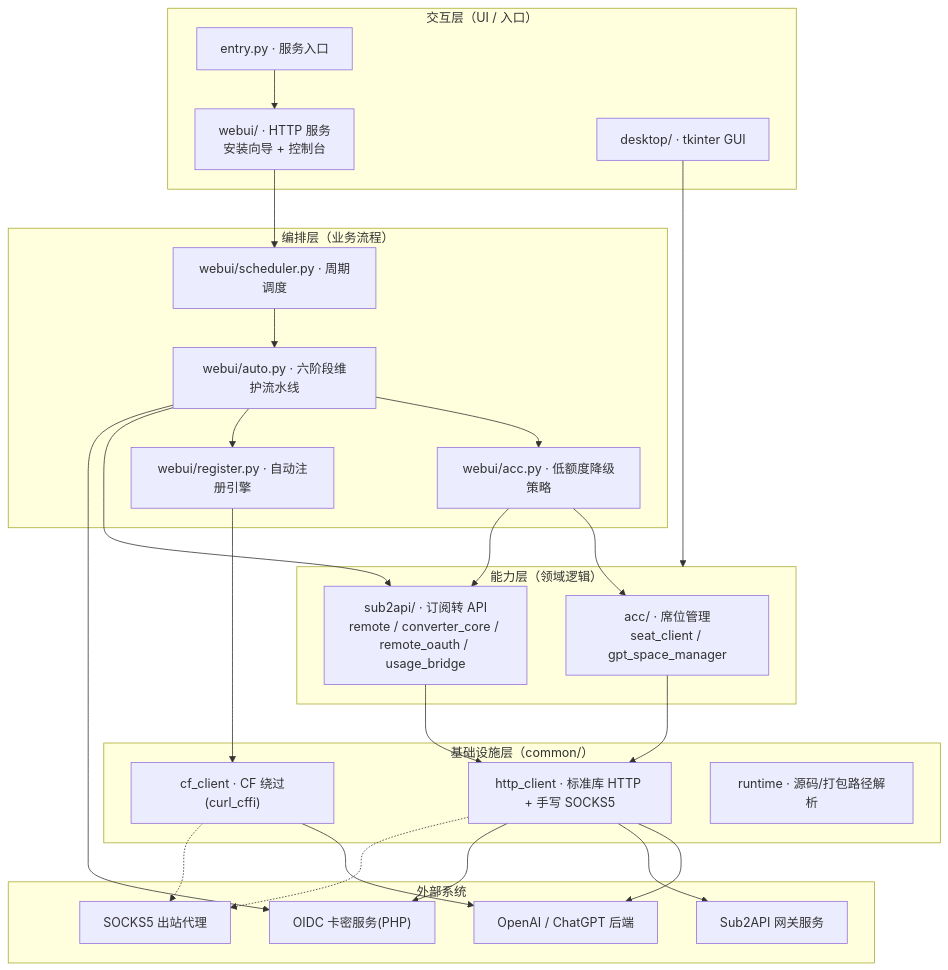
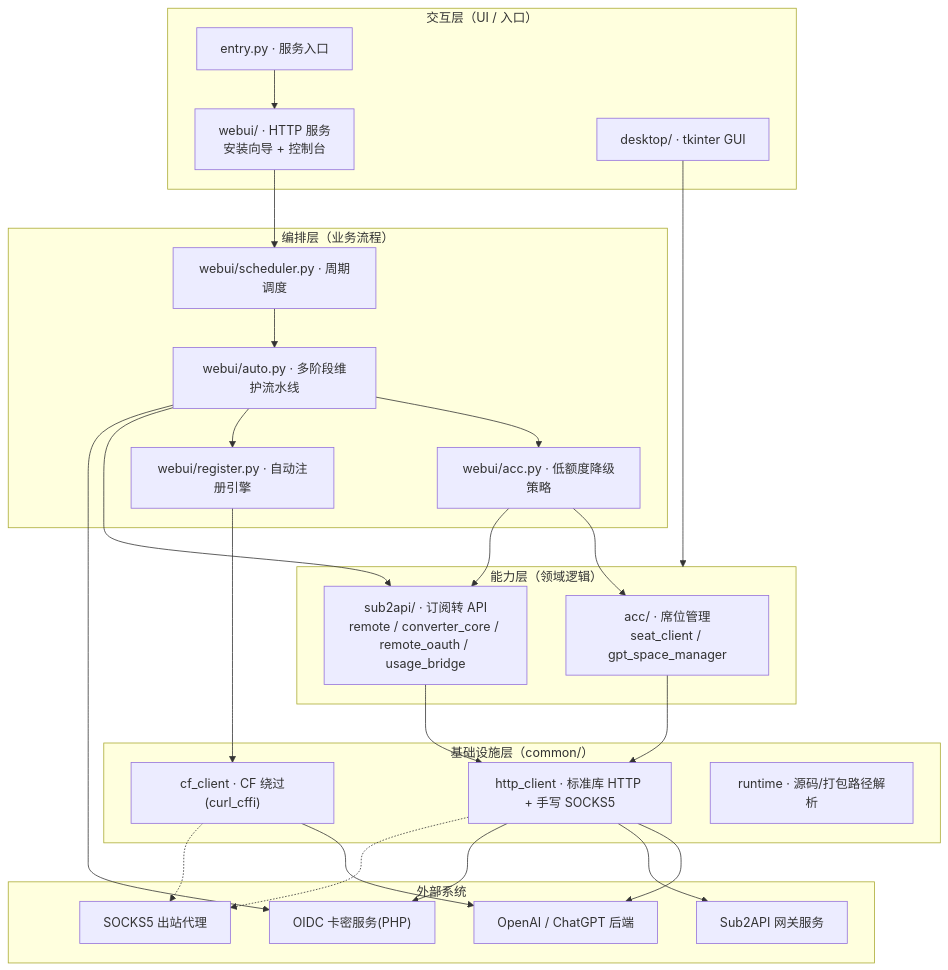
The third of 5 diagrams in docs/01-架构总览.md (javooizz/newtoken), drawn with Mermaid before and after one commit. The commit also changed other lines of this file and 31 other files, not shown here.

````diff
--- a/docs/01-架构总览.md
+++ b/docs/01-架构总览.md
@@ -94,48 +94,48 @@
 ```mermaid
 flowchart TD
     subgraph L1["交互层（UI / 入口）"]
         WEBUI["webui/ · HTTP 服务<br/>安装向导 + 控制台"]
         DESKTOP["desktop/ · tkinter GUI"]
         ENTRY["entry.py · 服务入口"]
     end
 
     subgraph L2["编排层（业务流程）"]
         SCHED["webui/scheduler.py · 周期调度"]
-        AUTO["webui/auto.py · 六阶段维护流水线"]
+        AUTO["webui/auto.py · 多阶段维护流水线"]
         ACCPOL["webui/acc.py · 低额度降级策略"]
         REG["webui/register.py · 自动注册引擎"]
     end
 
     subgraph L3["能力层（领域逻辑）"]
         SEAT["acc/ · 席位管理<br/>seat_client / gpt_space_manager"]
         SUB["sub2api/ · 订阅转 API<br/>remote / converter_core / remote_oauth / usage_bridge"]
     end
 
     subgraph L4["基础设施层（common/）"]
         CF["cf_client · CF 绕过(curl_cffi)"]
         HTTP["http_client · 标准库 HTTP + 手写 SOCKS5"]
         RT["runtime · 源码/打包路径解析"]
     end
 
     subgraph EXT["外部系统"]
         OPENAI["OpenAI / ChatGPT 后端"]
         S2A["Sub2API 网关服务"]
         OIDC["OIDC 卡密服务(PHP)"]
         PROXY["SOCKS5 出站代理"]
     end
 
     WEBUI --> SCHED --> AUTO
     ENTRY --> WEBUI
     DESKTOP --> L3
     AUTO --> ACCPOL & REG
     AUTO --> SUB
     ACCPOL --> SEAT & SUB
     REG --> CF
     SEAT --> HTTP
     SUB --> HTTP
     AUTO --> OIDC
     CF --> OPENAI
     HTTP --> OPENAI & S2A & OIDC
     HTTP -.-> PROXY
     CF -.-> PROXY
 ```
````
